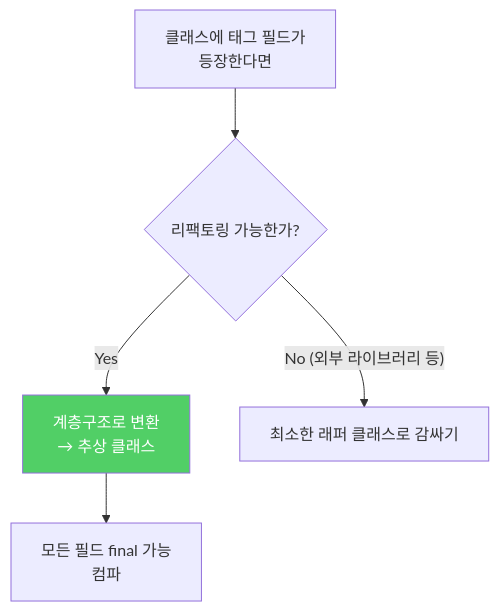
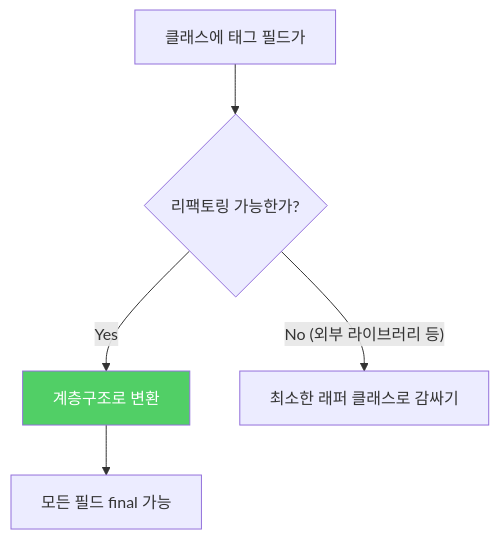
One commit to yjkim2015/yjkim2015.github.io changed the fourth of 4 diagrams in _posts/java/2022-01-04-effective-java23.md. Above: the diagram before and after it, drawn with Mermaid. The commit also changed other lines of this file and 217 other files, not shown here.

First line of the commit message:
Mermaid 크기 수정: useMaxWidth:true + SVG max-width:100% + 라벨 축소

````diff
--- a/_posts/java/2022-01-04-effective-java23.md
+++ b/_posts/java/2022-01-04-effective-java23.md
@@ -185,8 +185,8 @@
 ```mermaid
 graph TD
-    A["클래스에 태그 필드가\n등장한다면"] --> B{"리팩토링 가능한가?"}
-    B -->|"Yes"| C["계층구조로 변환\n→ 추상 클래스"]
+    A["클래스에 태그 필드가"] --> B{"리팩토링 가능한가?"}
+    B -->|"Yes"| C["계층구조로 변환"]
     B -->|"No (외부 라이브러리 등)"| D["최소한 래퍼 클래스로 감싸기"]
-    C --> E["모든 필드 final 가능\n컴파"]
+    C --> E["모든 필드 final 가능"]
     style C fill:#51cf66,color:#fff
 ```
````
